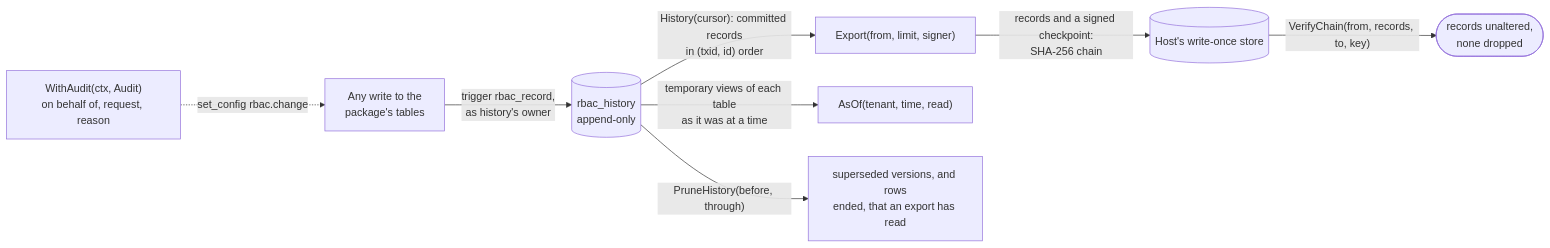
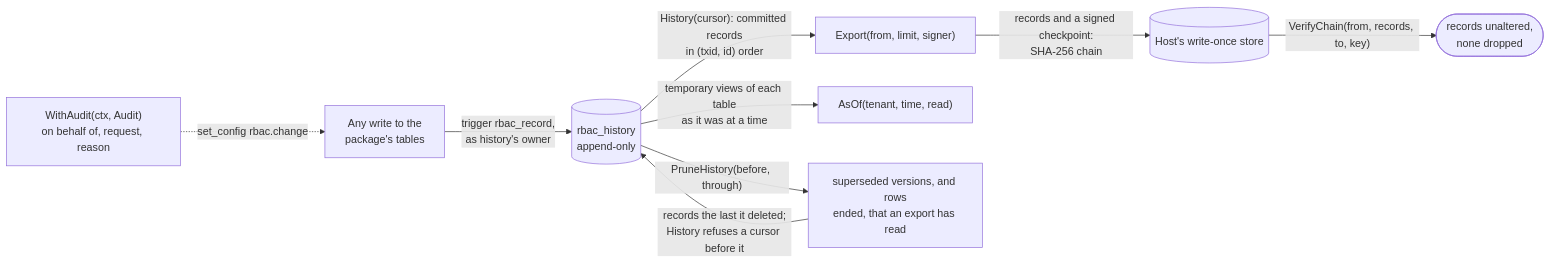
Before and after one commit to parallelworks/rbac: diagram 12 of 13 in docs/architecture.md, drawn with Mermaid. The commit also changed other lines of this file and 9 other files, not shown here.

````diff
--- a/docs/architecture.md
+++ b/docs/architecture.md
@@ -630,10 +631,11 @@
 ```mermaid
 flowchart LR
     write["Any write to the<br/>package's tables"] -->|"trigger rbac_record,<br/>as history's owner"| hist[("rbac_history<br/>append-only")]
     ctxa["WithAudit(ctx, Audit)<br/>on behalf of, request, reason"] -.->|"set_config rbac.change"| write
     hist -->|"History(cursor): committed records<br/>in (txid, id) order"| exp["Export(from, limit, signer)"]
     exp -->|"records and a signed checkpoint:<br/>SHA-256 chain"| store[("Host's write-once store")]
     store -->|"VerifyChain(from, records, to, key)"| verify(["records unaltered,<br/>none dropped"])
     hist -->|"temporary views of each table<br/>as it was at a time"| asof["AsOf(tenant, time, read)"]
     hist -->|"PruneHistory(before, through)"| prune["superseded versions, and rows<br/>ended, that an export has read"]
+    prune -->|"records the last it deleted;<br/>History refuses a cursor before it"| hist
 ```
````
